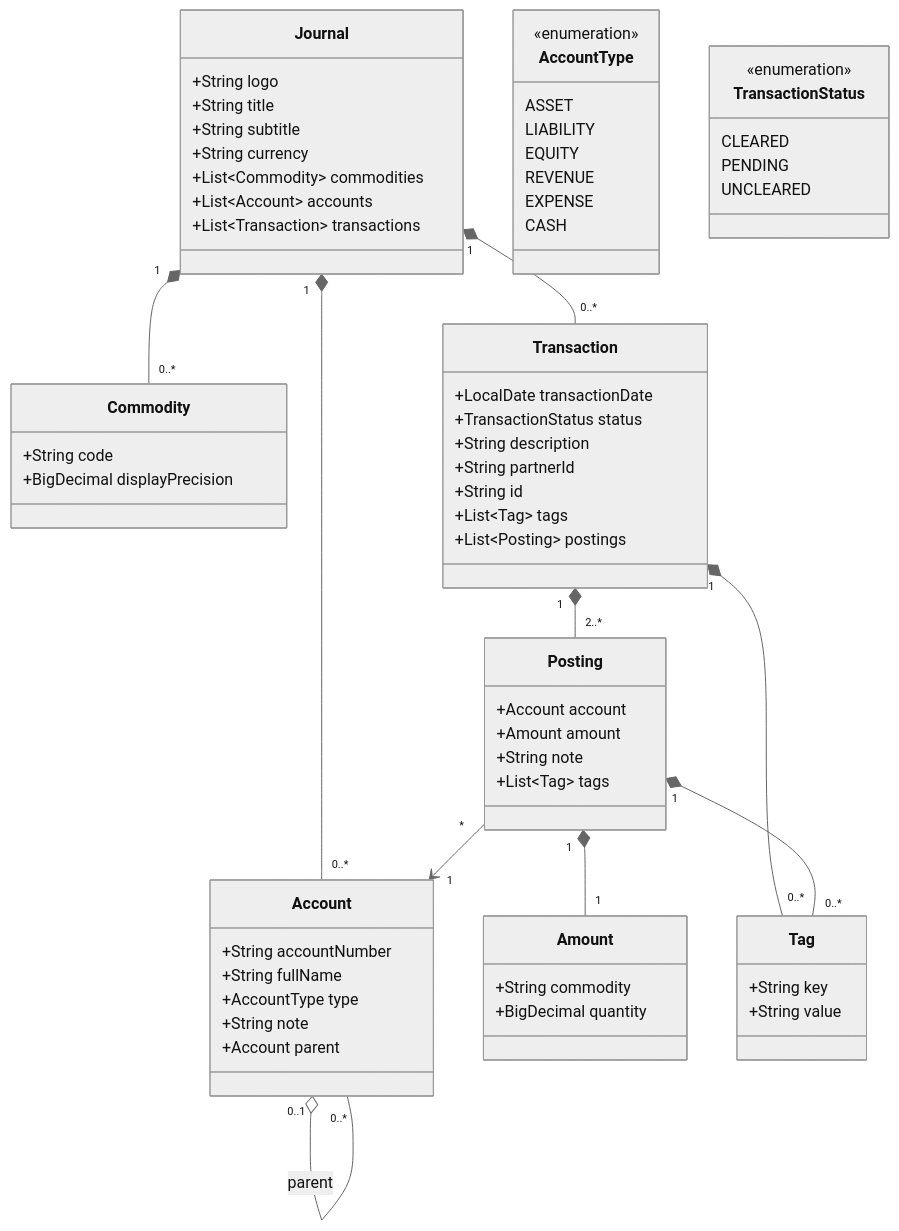
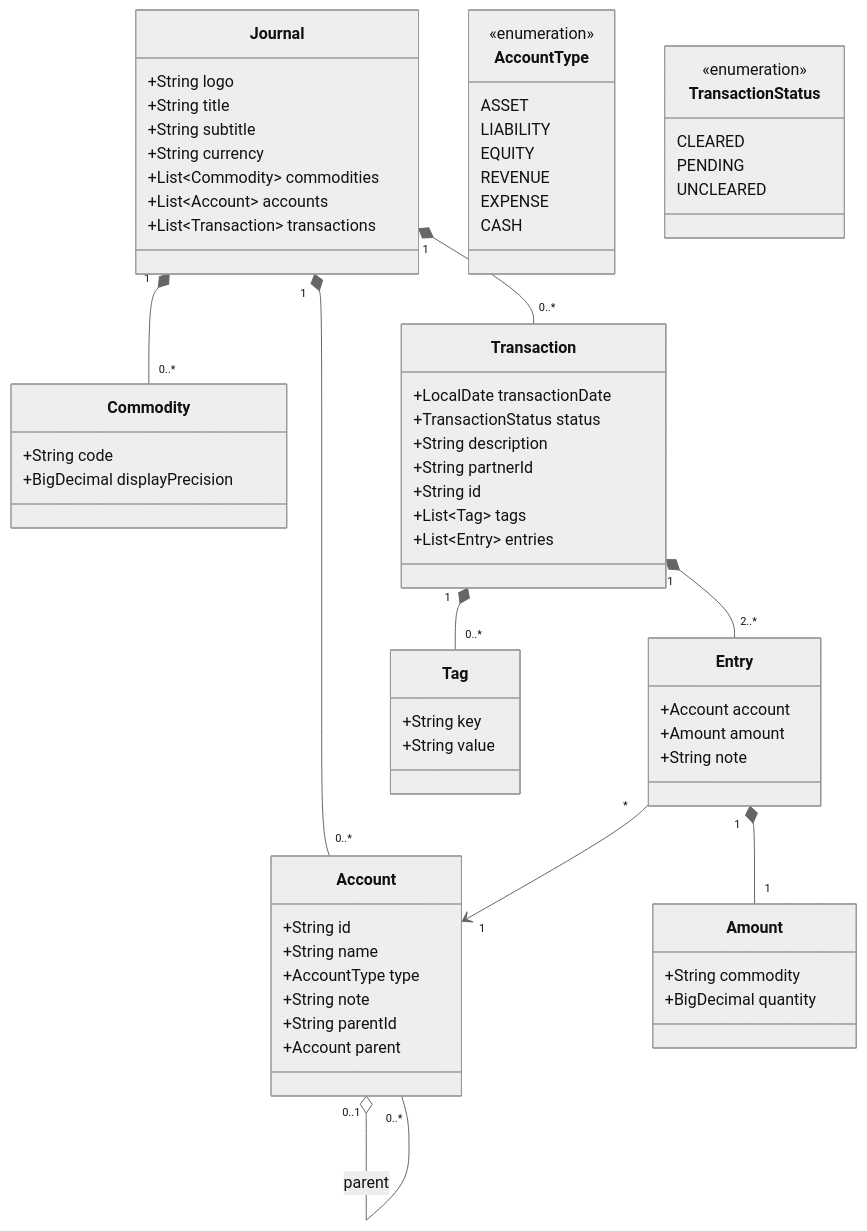
The second of 2 diagrams in docs/DATA_MODEL.md (abstratium-dev/abstraccount), drawn with Mermaid (neutral theme) before and after one commit. The commit also changed other lines of this file and 62 other files, not shown here.

````diff
--- a/docs/DATA_MODEL.md
+++ b/docs/DATA_MODEL.md
@@ -172,79 +172,78 @@
 ```mermaid
 classDiagram
     class Journal {
         +String logo
         +String title
         +String subtitle
         +String currency
         +List~Commodity~ commodities
         +List~Account~ accounts
         +List~Transaction~ transactions
     }
     
     class Commodity {
         +String code
         +BigDecimal displayPrecision
     }
     
     class Account {
-        +String accountNumber
-        +String fullName
+        +String id
+        +String name
         +AccountType type
         +String note
+        +String parentId
         +Account parent
     }
     
     class AccountType {
         <<enumeration>>
         ASSET
         LIABILITY
         EQUITY
         REVENUE
         EXPENSE
         CASH
     }
     
     class Transaction {
         +LocalDate transactionDate
         +TransactionStatus status
         +String description
         +String partnerId
         +String id
         +List~Tag~ tags
-        +List~Posting~ postings
+        +List~Entry~ entries
     }
     
     class TransactionStatus {
         <<enumeration>>
         CLEARED
         PENDING
         UNCLEARED
     }
     
-    class Posting {
+    class Entry {
         +Account account
         +Amount amount
         +String note
-        +List~Tag~ tags
     }
     
     class Amount {
         +String commodity
         +BigDecimal quantity
     }
     
     class Tag {
         +String key
         +String value
     }
     
     Journal "1" *-- "0..*" Commodity
     Journal "1" *-- "0..*" Account
     Journal "1" *-- "0..*" Transaction
     Account "0..1" o-- "0..*" Account : parent
-    Transaction "1" *-- "2..*" Posting
+    Transaction "1" *-- "2..*" Entry
     Transaction "1" *-- "0..*" Tag
-    Posting "1" *-- "1" Amount
-    Posting "*" --> "1" Account
-    Posting "1" *-- "0..*" Tag
+    Entry "1" *-- "1" Amount
+    Entry "*" --> "1" Account
 ```
````
